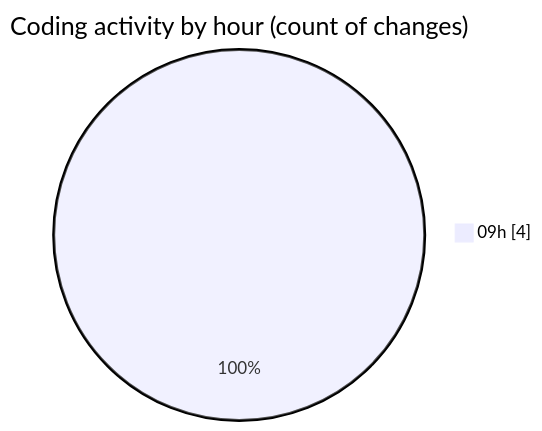
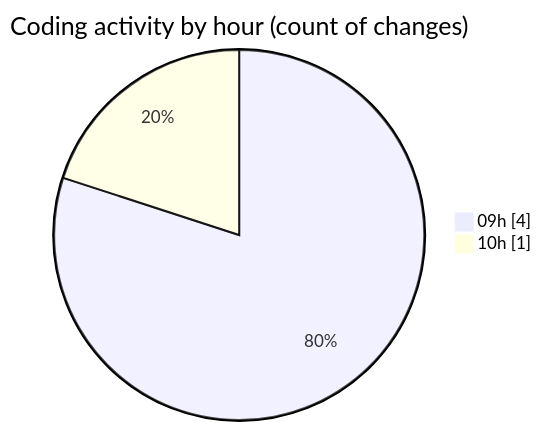
Before and after one commit to trdunsworth/code-tracking: the second of 2 diagrams in 2025-03-26/cisp25/README.md, drawn with Mermaid. The commit also changed other lines of this file and 1 other file, not shown here.

````diff
--- a/2025-03-26/cisp25/README.md
+++ b/2025-03-26/cisp25/README.md
@@ -28,5 +28,6 @@
 ```mermaid
 pie showData
 title Coding activity by hour (count of changes)
 "09h" : 4
+"10h" : 1
 ```
````
